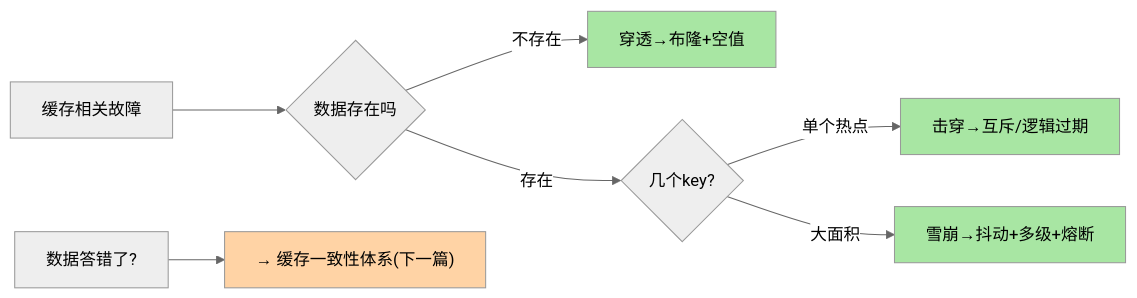
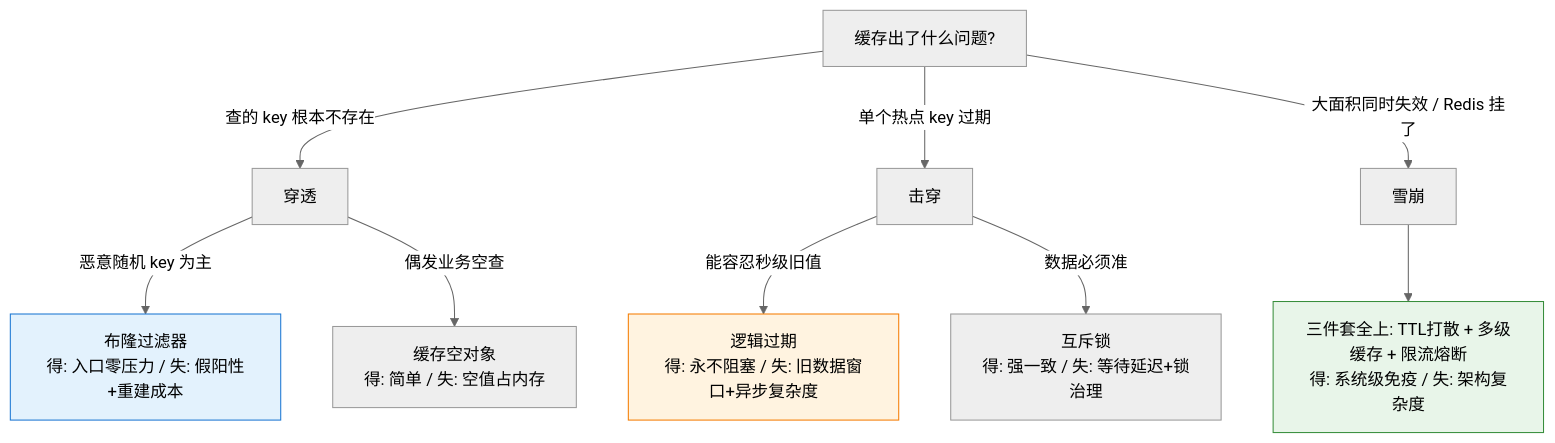
One commit to xiaobo1997/programmer-knowledge-graph changed the fifth of 5 diagrams in docs/middleware/redis/入门层/从零开始认识Redis系列/18_缓存三大问题-入门.md. Above: the diagram before and after it, drawn with Mermaid (neutral theme). The commit also changed other lines of this file and 126 other files, not shown here.

````diff
--- a/docs/middleware/redis/入门层/从零开始认识Redis系列/18_缓存三大问题-入门.md
+++ b/docs/middleware/redis/入门层/从零开始认识Redis系列/18_缓存三大问题-入门.md
@@ -86,13 +236,14 @@
 ```mermaid
-flowchart LR
-    Q["缓存相关故障"] --> A{"数据存在吗"}
-    A -->|"不存在"| T1["穿透→布隆+空值"]
-    A -->|"存在"| B{"几个key?"}
-    B -->|"单个热点"| T2["击穿→互斥/逻辑过期"]
-    B -->|"大面积"| T3["雪崩→抖动+多级+熔断"]
-    Q2["数据答错了?"] --> T4["→ 缓存一致性体系(下一篇)"]
-    style T1 fill:#a8e6a3
-    style T2 fill:#a8e6a3
-    style T3 fill:#a8e6a3
-    style T4 fill:#ffd3a5
+flowchart TD
+    Q["缓存出了什么问题?"] -->|"查的 key 根本不存在"| A["穿透"]
+    Q -->|"单个热点 key 过期"| B["击穿"]
+    Q -->|"大面积同时失效 / Redis 挂了"| C["雪崩"]
+    A -->|"恶意随机 key 为主"| A1["布隆过滤器<br/>得: 入口零压力 / 失: 假阳性+重建成本"]
+    A -->|"偶发业务空查"| A2["缓存空对象<br/>得: 简单 / 失: 空值占内存"]
+    B -->|"能容忍秒级旧值"| B1["逻辑过期<br/>得: 永不阻塞 / 失: 旧数据窗口+异步复杂度"]
+    B -->|"数据必须准"| B2["互斥锁<br/>得: 强一致 / 失: 等待延迟+锁治理"]
+    C --> C1["三件套全上: TTL打散 + 多级缓存 + 限流熔断<br/>得: 系统级免疫 / 失: 架构复杂度"]
+    style A1 fill:#e3f2fd,stroke:#1976d2
+    style B1 fill:#fff3e0,stroke:#f57c00
+    style C1 fill:#e8f5e9,stroke:#388e3c
 ```
````
